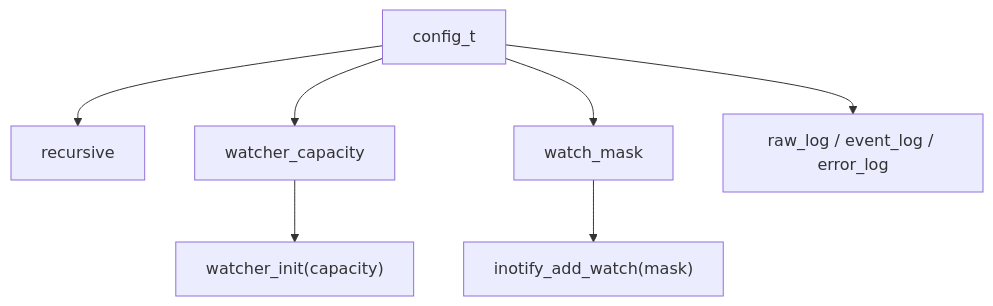
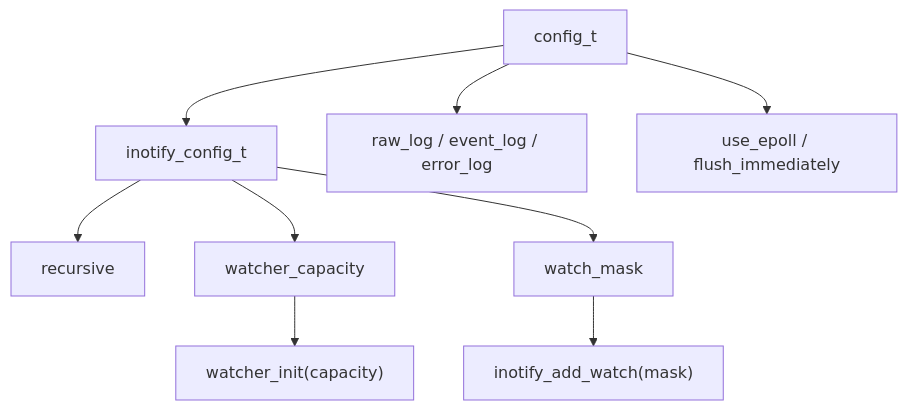
The eighth of 17 diagrams in docs/it/16-mappa-codice-e-strutture.md (kinderp/alfred), drawn with Mermaid before and after one commit. The commit also changed other lines of this file and 11 other files, not shown here.

First line of the commit message:
refactor: split inotify backend config

````diff
--- a/docs/it/16-mappa-codice-e-strutture.md
+++ b/docs/it/16-mappa-codice-e-strutture.md
@@ -499,10 +501,13 @@
 ```mermaid
 flowchart TD
-    A["config_t"] --> B["recursive"]
-    A --> C["watcher_capacity"]
-    A --> D["watch_mask"]
+    A["config_t"] --> B["inotify_config_t"]
     A --> E["raw_log / event_log / error_log"]
+    A --> H["use_epoll / flush_immediately"]
 
-    C --> F["watcher_init(capacity)"]
-    D --> G["inotify_add_watch(mask)"]
+    B --> C["recursive"]
+    B --> D["watcher_capacity"]
+    B --> M["watch_mask"]
+
+    D --> F["watcher_init(capacity)"]
+    M --> G["inotify_add_watch(mask)"]
 ```
````
